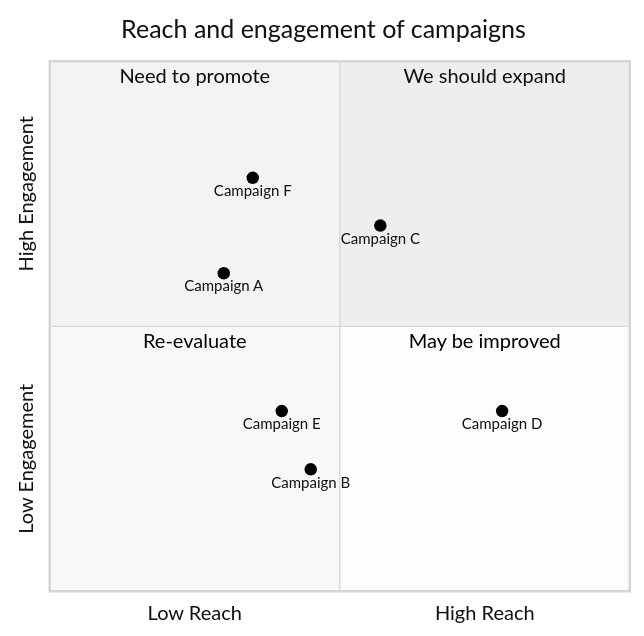
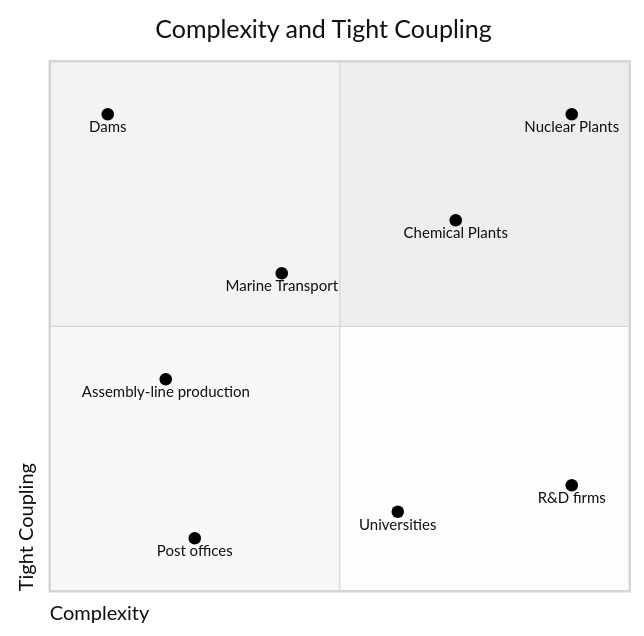
Before and after one commit to cabraham/Books: the diagram in meltdown.md, drawn with Mermaid (neutral theme).

Commit message:
Sample didn't work.  Reverting and fixing title.  Might be github issue

````diff
--- a/meltdown.md
+++ b/meltdown.md
@@ -30,16 +30,14 @@
 ```mermaid 
 quadrantChart
-    title Reach and engagement of campaigns
-    x-axis Low Reach --> High Reach
-    y-axis Low Engagement --> High Engagement
-    quadrant-1 We should expand
-    quadrant-2 Need to promote
-    quadrant-3 Re-evaluate
-    quadrant-4 May be improved
-    Campaign A: [0.3, 0.6]
-    Campaign B: [0.45, 0.23]
-    Campaign C: [0.57, 0.69]
-    Campaign D: [0.78, 0.34]
-    Campaign E: [0.40, 0.34]
-    Campaign F: [0.35, 0.78]
+    title Complexity and Tight Coupling
+    x-axis Complexity
+    y-axis Tight Coupling
+    Dams: [0.1, 0.9]
+    Marine Transport: [0.4, 0.6]
+    Chemical Plants: [0.7, 0.7]
+    Nuclear Plants: [0.9, 0.9]
+    Assembly-line production: [0.20, 0.4]
+    Post offices: [0.25, 0.1]
+    Universities: [0.6, 0.15]
+    R&D firms: [0.9, 0.2]
 ```
````
